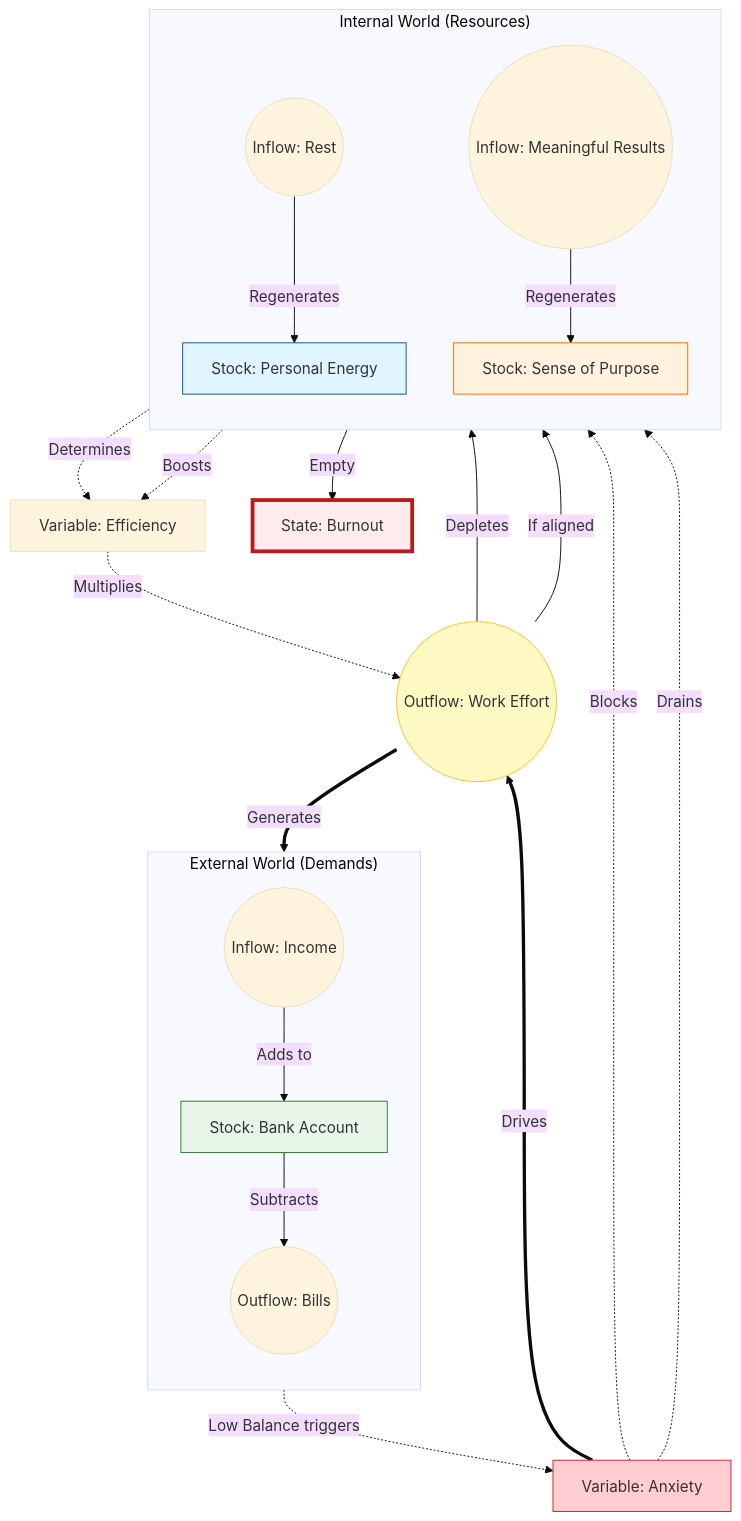
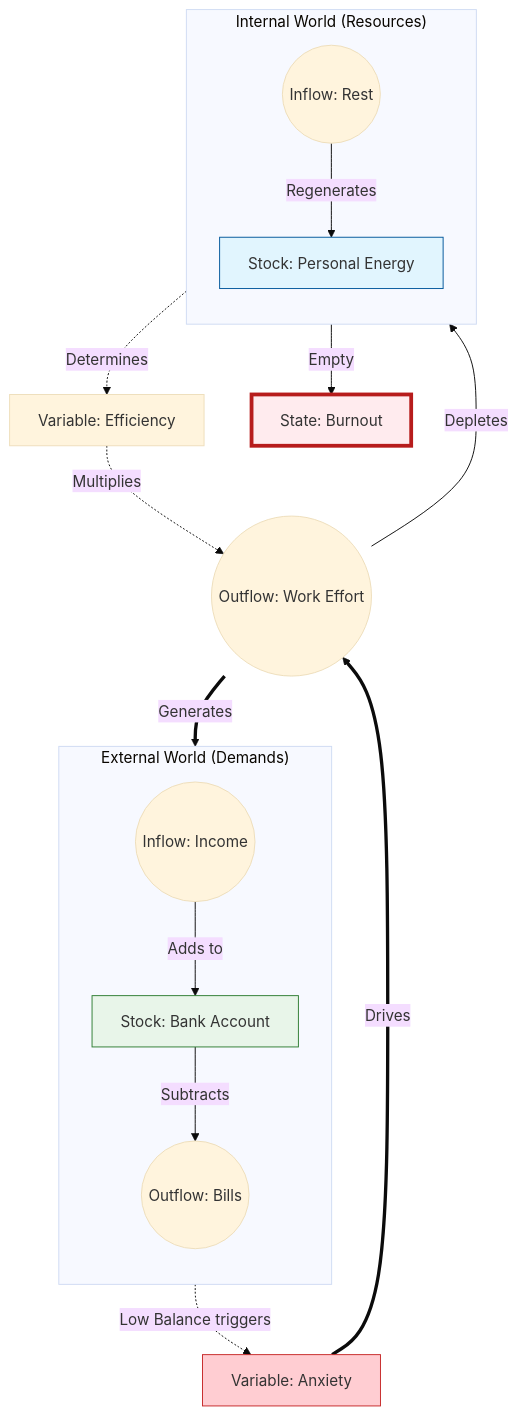
One commit to pvsmartinez/book changed the diagram in 03_Manuscript/Part_V/25_mapping_the_machine.md. Above: the diagram before and after it, drawn with Mermaid (base theme). The commit also changed other lines of this file and 66 other files, not shown here.

````diff
--- a/03_Manuscript/Part_V/25_mapping_the_machine.md
+++ b/03_Manuscript/Part_V/25_mapping_the_machine.md
@@ -164,59 +102,45 @@
 ```mermaid
 flowchart TB
-    %% Layout: Define Subgraphs first
     subgraph External ["External World (Demands)"]
         direction TB
         Income((Inflow: Income))
         Money[Stock: Bank Account]
         Expenses((Outflow: Bills))
         
         Income -->|Adds to| Money
         Money -->|Subtracts| Expenses
     end
 
     subgraph Internal ["Internal World (Resources)"]
         direction TB
         Rest((Inflow: Rest))
         Energy[Stock: Personal Energy]
-        Purpose[Stock: Sense of Purpose]
-        Meaning((Inflow: Meaningful Results))
         
         Rest -->|Regenerates| Energy
-        Meaning -->|Regenerates| Purpose
     end
 
     %% Central Engine
     Anxiety[Variable: Anxiety]
     WorkEffort((Outflow: Work Effort))
     Efficiency[Variable: Efficiency]
     Burnout[State: Burnout]
 
-    %% Survival Loop (The Driver)
+    %% Survival Loop
     Money -.->|Low Balance triggers| Anxiety
     Anxiety ==>|Drives| WorkEffort
     WorkEffort ==>|Generates| Income
 
-    %% Energy Loop (The Cost)
+    %% Energy Loop
     WorkEffort -->|Depletes| Energy
     Energy -.->|Determines| Efficiency
     Efficiency -.->|Multiplies| WorkEffort
-
-    %% Purpose Loop (The Fuel)
-    WorkEffort -->|If aligned| Meaning
-    Purpose -.->|Boosts| Efficiency
-
-    %% The Trap (Feedback Malfunction)
-    Anxiety -.->|Blocks| Rest
-    Anxiety -.->|Drains| Purpose
 
     %% The Breakpoint
     Energy -->|Empty| Burnout
 
     %% Styling
     style Money fill:#e8f5e9,stroke:#2e7d32
     style Energy fill:#e1f5fe,stroke:#01579b
-    style Purpose fill:#fff3e0,stroke:#ef6c00
     style Burnout fill:#ffebee,stroke:#b71c1c,stroke-width:4px
     style Anxiety fill:#ffcdd2,stroke:#c62828
-    style WorkEffort fill:#fff9c4,stroke:#fbc02d
 ```
````
